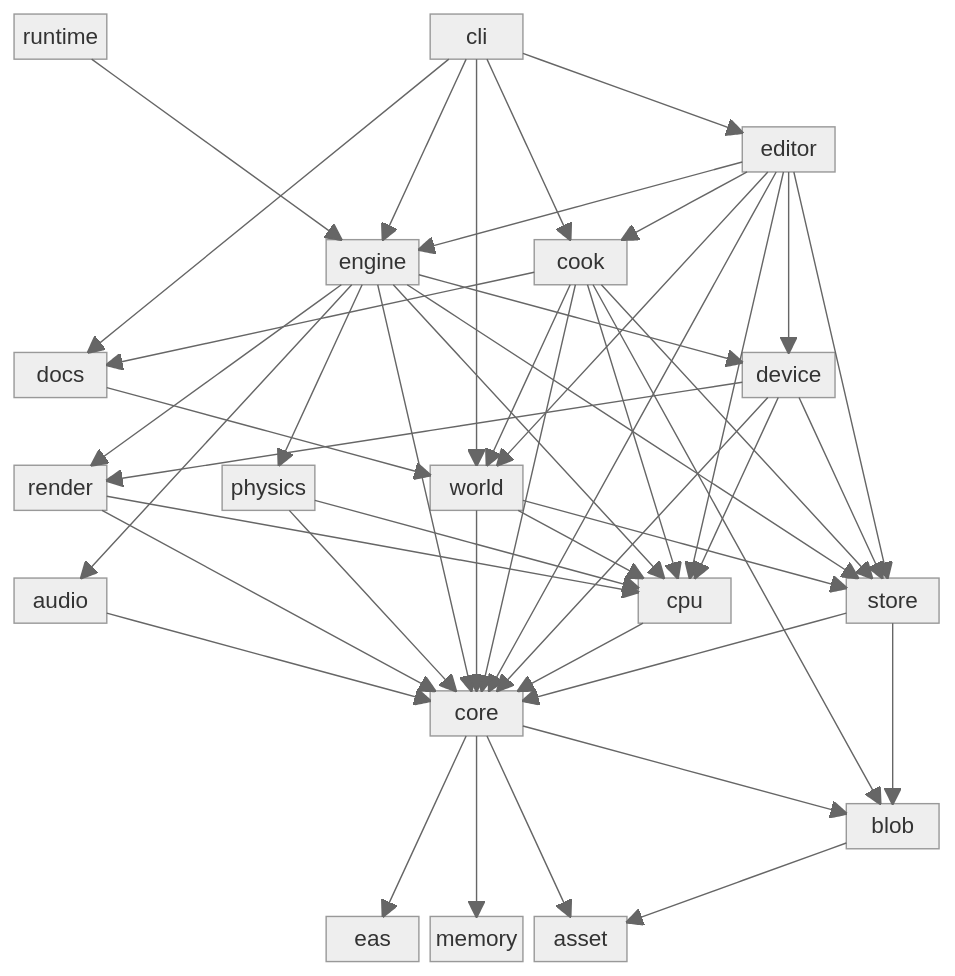
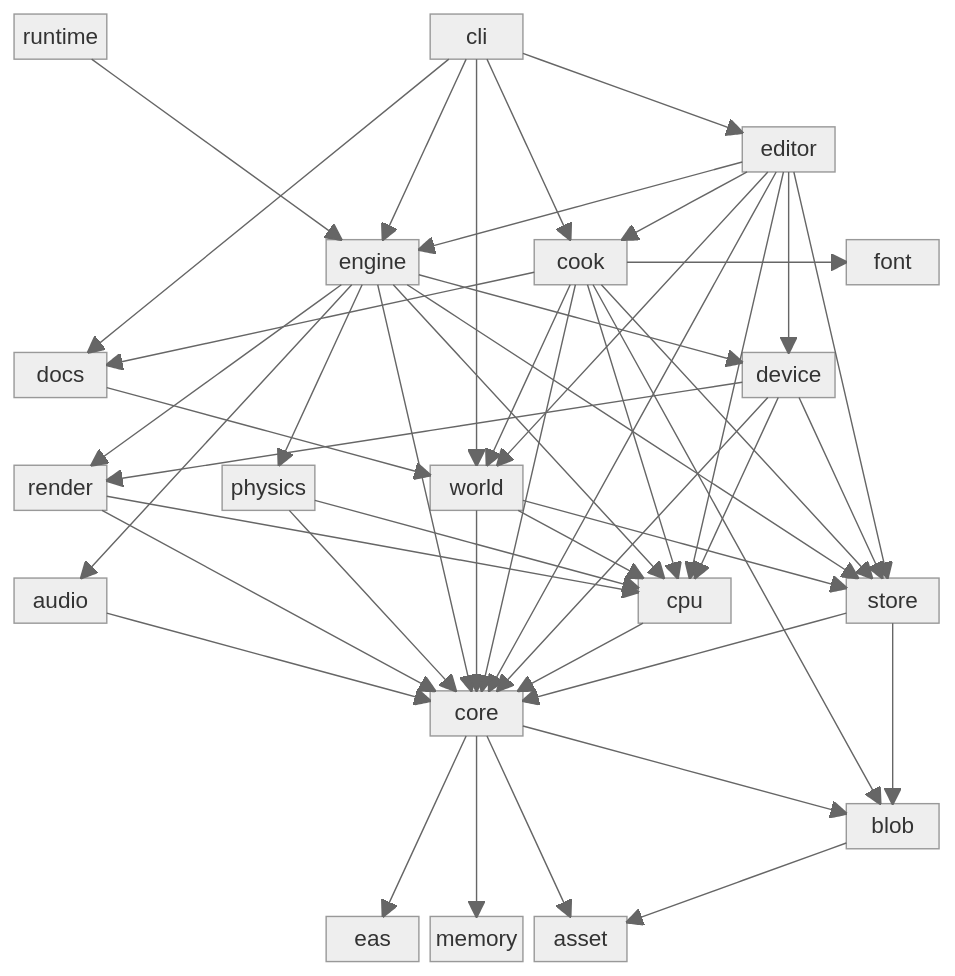
Before and after one commit to concinnitygg/concinnity: the diagram in crates/README.md, drawn with Mermaid (neutral theme). The commit also changed other lines of this file and 21 other files, not shown here.

```diff
--- a/crates/README.md
+++ b/crates/README.md
@@ -49,7 +50,8 @@
 engine
 space:1
 cook
-space:3
+space:2
+font
 
 space:9
 
@@ -131,6 +133,7 @@
 cook --> blob
 cook --> core
 cook --> cpu
+cook --> font
 cook --> store
 cook --> world
 cook --> docs
```
